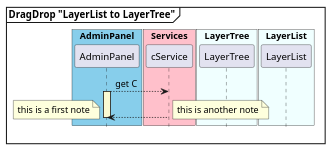
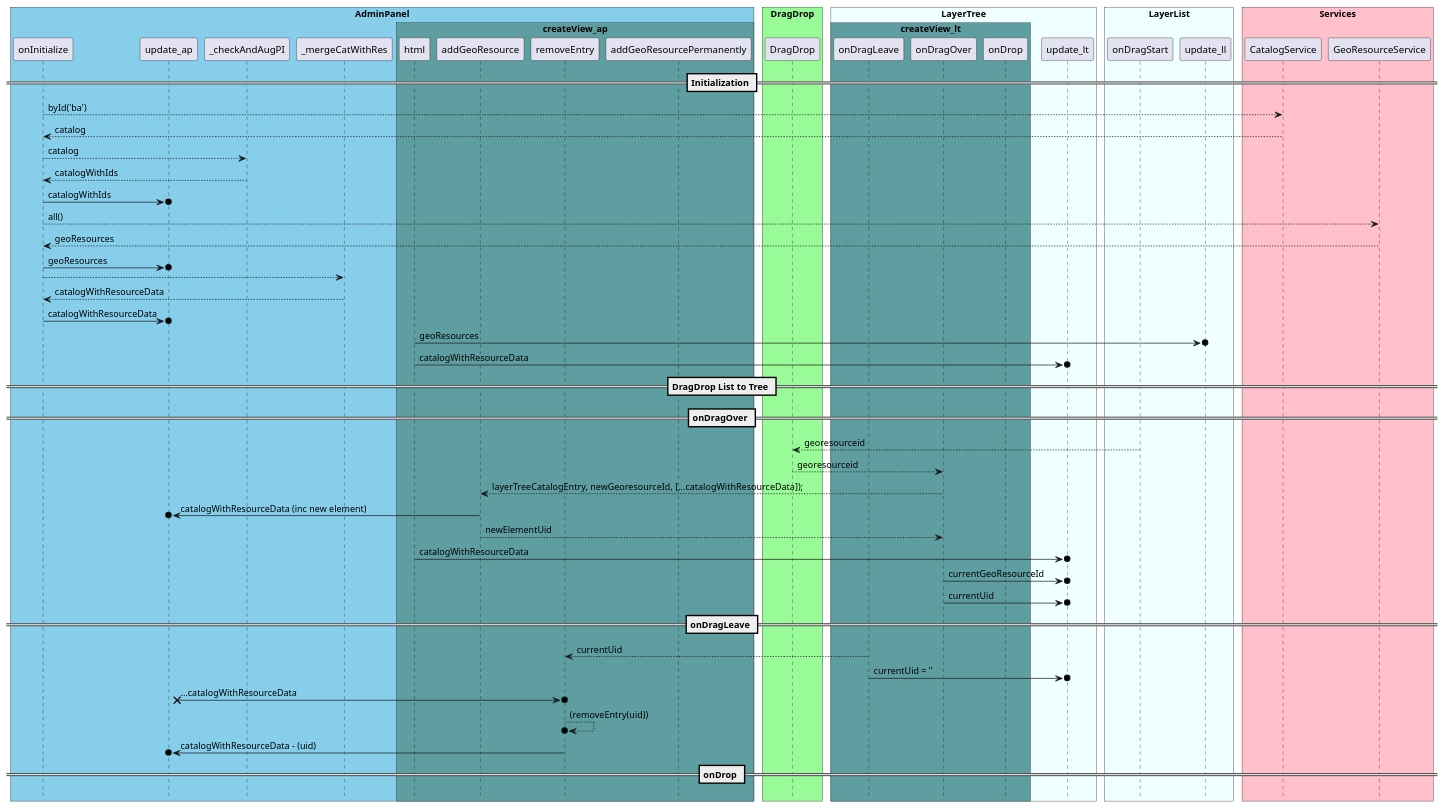
Before and after one commit to ldbv-by/bav4: the diagram in src/modules/admin/adminDragDrop.puml, drawn with PlantUML. The commit also changed 3 other files, not shown here.

```diff
--- a/src/modules/admin/adminDragDrop.puml
+++ b/src/modules/admin/adminDragDrop.puml
@@ -1,72 +1,136 @@
 @startuml startup LayerList to LayerTree
+!pragma teoz true
 
 hide footbox
 
-mainframe **DragDrop "LayerList to LayerTree"**
+' mainframe **DragDrop "LayerList to LayerTree"**
 
 box "AdminPanel" #SkyBlue
 
-participant AdminPanel as ap
+    participant onInitialize
+
+    participant update_ap
+    participant _checkAndAugPI as caapi
+    participant _mergeCatWithRes
+
+    box "createView_ap" #CadetBlue
+        participant html 
+        participant addGeoResource 
+        participant removeEntry
+        participant addGeoResourcePermanently
+    end box
+end box
+
+box "DragDrop" #PaleGreen
+    participant DragDrop as dd
+end box
+
+box "LayerTree" #Azure
+
+    box "createView_lt" #CadetBlue
+        participant onDragLeave as lt_onDragLeave
+        participant onDragOver as lt_onDragOver
+        participant onDrop as lt_onDrop
+    end box
+
+    participant update_lt
+end box
+
+box "LayerList" #Azure
+    participant onDragStart as ll_onDragStart
+    participant update_ll
+end box
+
+box "Services" #Pink
+    participant CatalogService 
+    participant GeoResourceService 
+end box
+
+== Initialization ==
+
+onInitialize  --> CatalogService: byId('ba')
+CatalogService  --> onInitialize: catalog
+
+onInitialize  -->  caapi: catalog
+caapi  -->  onInitialize: catalogWithIds
+onInitialize  ->o  update_ap:  catalogWithIds
+
+
+onInitialize  --> GeoResourceService: all()
+GeoResourceService  --> onInitialize: geoResources
+
+onInitialize  ->o  update_ap:  geoResources
+
+
+onInitialize  --> _mergeCatWithRes
+_mergeCatWithRes  --> onInitialize: catalogWithResourceData
+
+onInitialize  ->o  update_ap: catalogWithResourceData
+
+
+html  ->o  update_ll: geoResources
+html  ->o  update_lt: catalogWithResourceData
+
+
+== DragDrop List to Tree ==
+== onDragOver ==
+' alt#Gold #LightBlue first dragOver  
+ll_onDragStart --> dd: georesourceid
+dd --> lt_onDragOver: georesourceid
+
+
+lt_onDragOver --> addGeoResource: layerTreeCatalogEntry, newGeoresourceId, [...catalogWithResourceData]);
+
+addGeoResource  ->o  update_ap: catalogWithResourceData (inc new element)
+addGeoResource  -->  lt_onDragOver: newElementUid
+
+html  ->o  update_lt: catalogWithResourceData
+
+lt_onDragOver ->o update_lt: currentGeoResourceId
+lt_onDragOver ->o update_lt: currentUid
+
+== onDragLeave ==
+
+lt_onDragLeave --> removeEntry: currentUid
+lt_onDragLeave ->o update_lt: currentUid = ''
+
+update_ap x->o removeEntry: ...catalogWithResourceData
+removeEntry -->o removeEntry: (removeEntry(uid))
+
+removeEntry  ->o  update_ap: catalogWithResourceData - (uid)
+
+== onDrop ==
 
 
 
-end box
+' else #Pink followingDragOver
+' end
 
 
 
 
-box "Services" #Pink
 
+' abc -> adc: DispatchAction
+' activate ap #LightGoldenRodYellow
+' deactivate ap
 
-participant cService as cs
-' participant mdc [
-'     =MassnahmeDetails
-'     ----
-'     nextVerkehrshalt 
-'     verkehrshalte 
-'     zlmFahrplan
-' ] 
+' note left: this is a first note
 
-end box
-
-
-box "LayerTree" #Azure
-
-participant LayerTree as lt
-
-end box
-
-
-box "LayerList" #Azure
-
-participant LayerList as ll
-
-end box
-
-
-ap --> cs: get C
-activate ap #LightGoldenRodYellow
-cs --> ap
-' abc -> adc: DispatchAction
-deactivate ap
-
-note left: this is a first note
-
-note right: this is another note
+' note right: this is another note
 
 ' activate mfc #LightGoldenRodYellow
 ' activate zis #LightGoldenRodYellow
 ' mfc --> zis
 ' deactivate zis
 ' deactivate mfc
 
 ' activate fds #SkyBlue
 ' mdc --> fds
 ' deactivate fds
 ' activate mdc #SkyBlue
 ' activate zis #SkyBlue
 ' mdc --> zis
 ' deactivate zis
 
 
 @enduml
```
